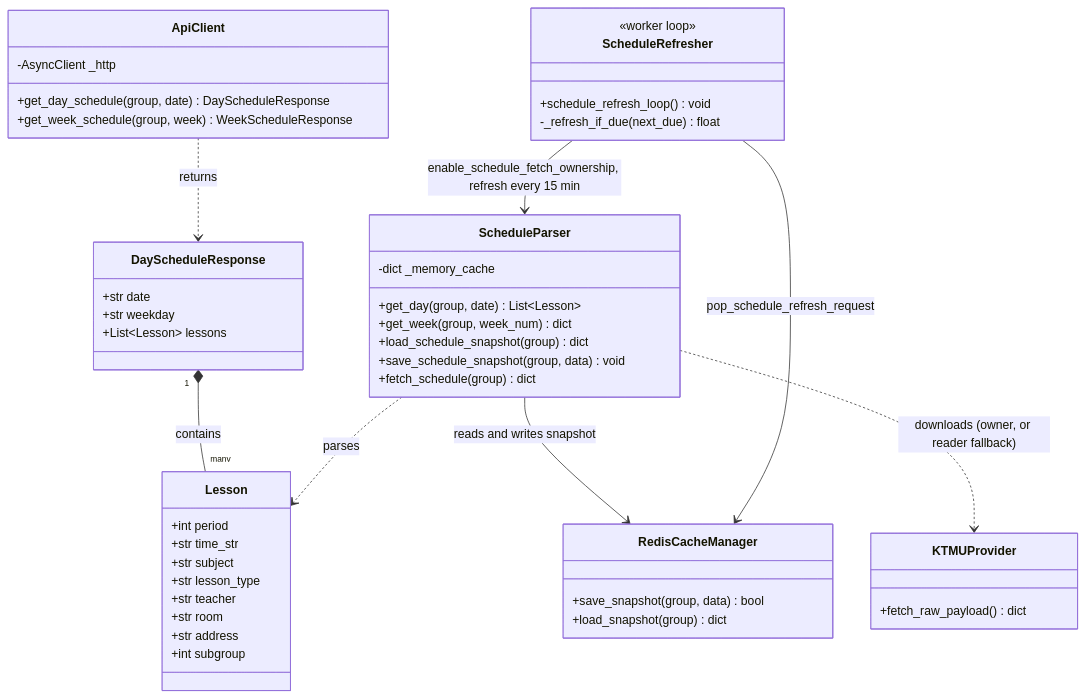
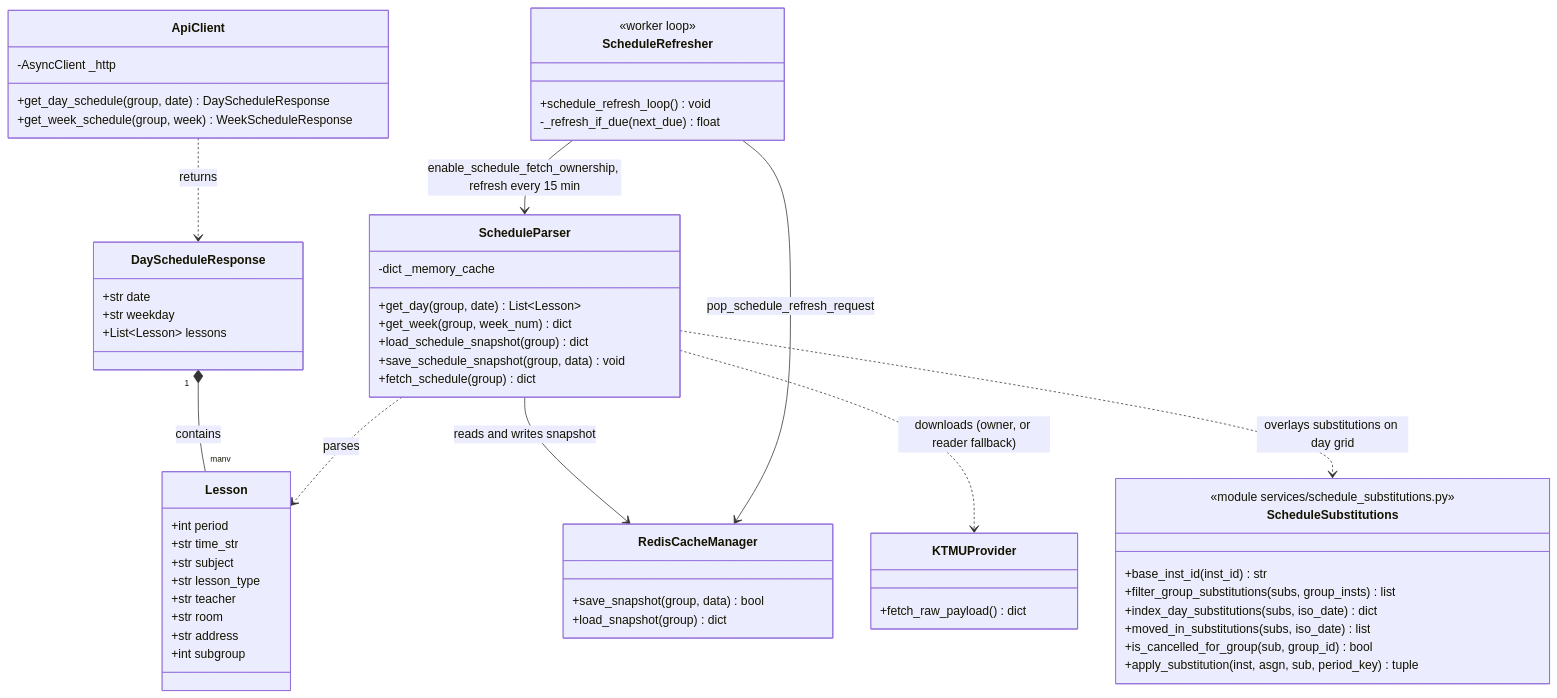
The third of 53 diagrams in docs/UML.md (Utkautka1/para), drawn with Mermaid before and after one commit. The commit also changed other lines of this file and 4 other files, not shown here.

First line of the commit message:
fix(schedule): apply KTMU substitutions to day schedule

````diff
--- a/docs/UML.md
+++ b/docs/UML.md
@@ -443,59 +443,70 @@
 ```mermaid
 classDiagram
     direction TB
 
     class DayScheduleResponse {
         +str date
         +str weekday
         +List~Lesson~ lessons
     }
 
     class Lesson {
         +int period
         +str time_str
         +str subject
         +str lesson_type
         +str teacher
         +str room
         +str address
         +int subgroup
     }
 
     class ScheduleParser {
         -dict _memory_cache
         +get_day(group, date) List~Lesson~
         +get_week(group, week_num) dict
         +load_schedule_snapshot(group) dict
         +save_schedule_snapshot(group, data) void
         +fetch_schedule(group) dict
     }
 
     class RedisCacheManager {
         +save_snapshot(group, data) bool
         +load_snapshot(group) dict
     }
 
     class ApiClient {
         -AsyncClient _http
         +get_day_schedule(group, date) DayScheduleResponse
         +get_week_schedule(group, week) WeekScheduleResponse
     }
 
     class KTMUProvider {
         +fetch_raw_payload() dict
     }
 
+    class ScheduleSubstitutions {
+        <<module services/schedule_substitutions.py>>
+        +base_inst_id(inst_id) str
+        +filter_group_substitutions(subs, group_insts) list
+        +index_day_substitutions(subs, iso_date) dict
+        +moved_in_substitutions(subs, iso_date) list
+        +is_cancelled_for_group(sub, group_id) bool
+        +apply_substitution(inst, asgn, sub, period_key) tuple
+    }
+
     class ScheduleRefresher {
         <<worker loop>>
         +schedule_refresh_loop() void
         -_refresh_if_due(next_due) float
     }
 
     DayScheduleResponse "1" *-- "many" Lesson : contains
     ApiClient ..> DayScheduleResponse : returns
     ScheduleParser ..> Lesson : parses
     ScheduleParser --> RedisCacheManager : reads and writes snapshot
     ScheduleParser ..> KTMUProvider : downloads (owner, or reader fallback)
+    ScheduleParser ..> ScheduleSubstitutions : overlays substitutions on day grid
     ScheduleRefresher --> ScheduleParser : enable_schedule_fetch_ownership, refresh every 15 min
     ScheduleRefresher --> RedisCacheManager : pop_schedule_refresh_request
 ```
````
